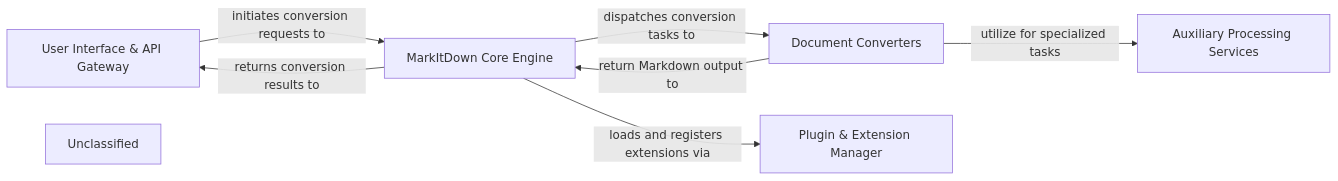
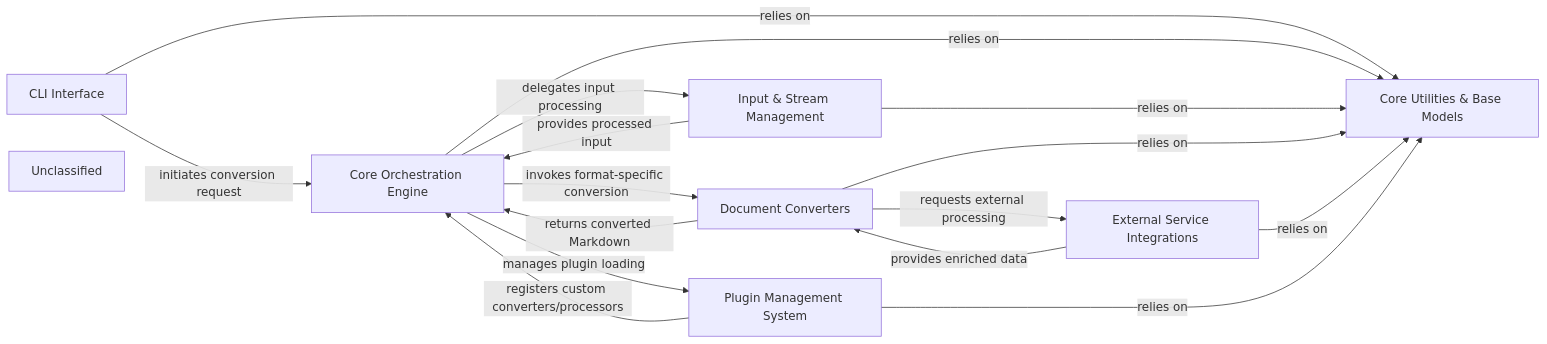
The diagram in markitdown/on_boarding.md (CodeBoarding/GeneratedOnBoardings), drawn with Mermaid before and after one commit. The commit also changed other lines of this file, not shown here.

````diff
--- a/markitdown/on_boarding.md
+++ b/markitdown/on_boarding.md
@@ -1,15 +1,26 @@
 ```mermaid
 graph LR
-    User_Interface_API_Gateway["User Interface & API Gateway"]
-    MarkItDown_Core_Engine["MarkItDown Core Engine"]
+    CLI_Interface["CLI Interface"]
+    Core_Orchestration_Engine["Core Orchestration Engine"]
+    Input_Stream_Management["Input & Stream Management"]
     Document_Converters["Document Converters"]
-    Plugin_Extension_Manager["Plugin & Extension Manager"]
-    Auxiliary_Processing_Services["Auxiliary Processing Services"]
+    External_Service_Integrations["External Service Integrations"]
+    Plugin_Management_System["Plugin Management System"]
+    Core_Utilities_Base_Models["Core Utilities & Base Models"]
     Unclassified["Unclassified"]
-    User_Interface_API_Gateway -- "initiates conversion requests to" --> MarkItDown_Core_Engine
-    MarkItDown_Core_Engine -- "dispatches conversion tasks to" --> Document_Converters
-    MarkItDown_Core_Engine -- "loads and registers extensions via" --> Plugin_Extension_Manager
-    Document_Converters -- "utilize for specialized tasks" --> Auxiliary_Processing_Services
-    Document_Converters -- "return Markdown output to" --> MarkItDown_Core_Engine
-    MarkItDown_Core_Engine -- "returns conversion results to" --> User_Interface_API_Gateway
+    CLI_Interface -- "initiates conversion request" --> Core_Orchestration_Engine
+    Core_Orchestration_Engine -- "delegates input processing" --> Input_Stream_Management
+    Core_Orchestration_Engine -- "invokes format-specific conversion" --> Document_Converters
+    Core_Orchestration_Engine -- "manages plugin loading" --> Plugin_Management_System
+    Input_Stream_Management -- "provides processed input" --> Core_Orchestration_Engine
+    Document_Converters -- "returns converted Markdown" --> Core_Orchestration_Engine
+    Document_Converters -- "requests external processing" --> External_Service_Integrations
+    External_Service_Integrations -- "provides enriched data" --> Document_Converters
+    Plugin_Management_System -- "registers custom converters/processors" --> Core_Orchestration_Engine
+    CLI_Interface -- "relies on" --> Core_Utilities_Base_Models
+    Core_Orchestration_Engine -- "relies on" --> Core_Utilities_Base_Models
+    Input_Stream_Management -- "relies on" --> Core_Utilities_Base_Models
+    Document_Converters -- "relies on" --> Core_Utilities_Base_Models
+    External_Service_Integrations -- "relies on" --> Core_Utilities_Base_Models
+    Plugin_Management_System -- "relies on" --> Core_Utilities_Base_Models
 ```
````
